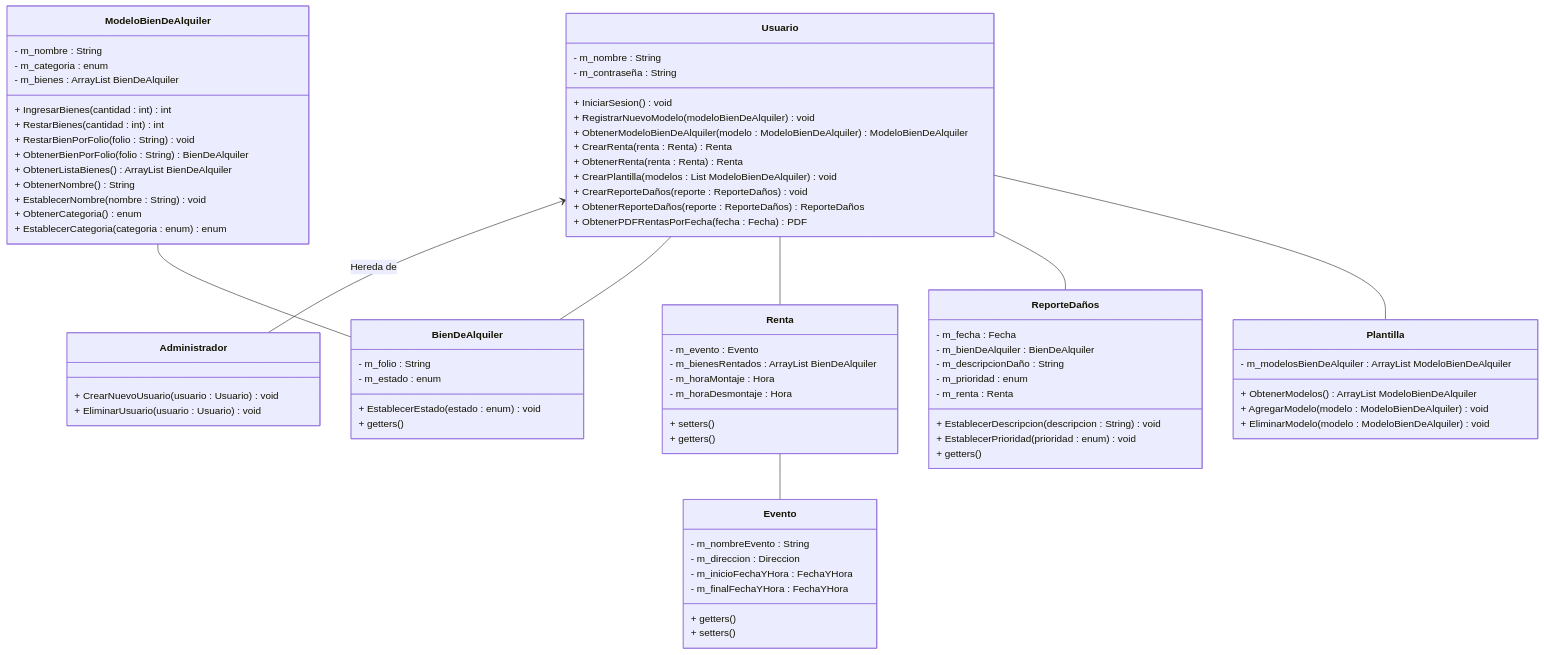
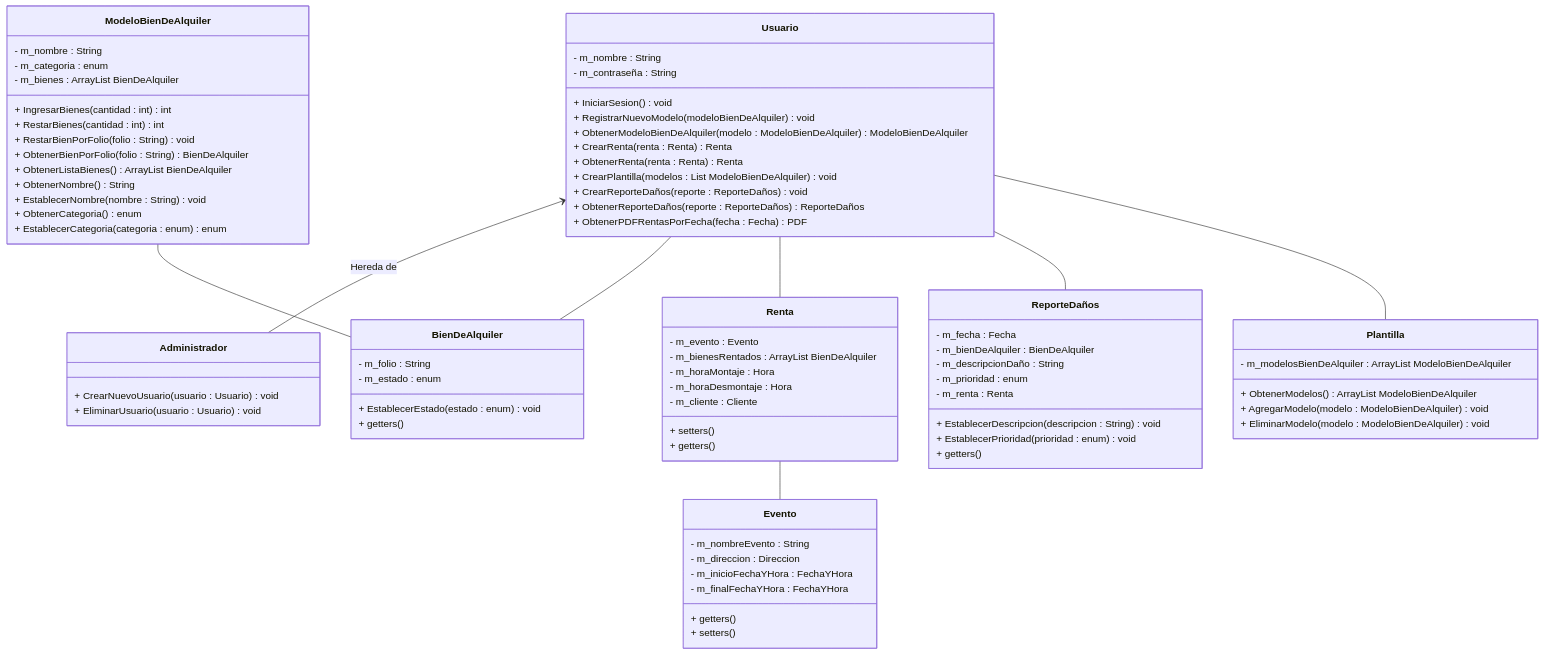
The diagram in Documentacion/Diagramas/DiagramaDeClases.mmd (JuanJoseVargasArvizu/ProyectoPromotoraEventos), drawn with Mermaid before and after one commit.

Commit message:
Actualizacion diagrama de clases

```diff
--- a/Documentacion/Diagramas/DiagramaDeClases.mmd
+++ b/Documentacion/Diagramas/DiagramaDeClases.mmd
@@ -1,100 +1,101 @@
 classDiagram
 
     Usuario <-- Administrador : Hereda de
     Usuario -- BienDeAlquiler
     Usuario -- Renta
     Usuario -- ReporteDaños
     Usuario -- Plantilla
 
     Renta -- Evento
 
     ModeloBienDeAlquiler -- BienDeAlquiler
 
 
     class Usuario{
         - m_nombre : String
         - m_contraseña : String
         + IniciarSesion() void
         + RegistrarNuevoModelo(modeloBienDeAlquiler) void
         + ObtenerModeloBienDeAlquiler(modelo : ModeloBienDeAlquiler) ModeloBienDeAlquiler
         + CrearRenta(renta : Renta) Renta
         + ObtenerRenta(renta : Renta) Renta
         + CrearPlantilla( modelos : List ModeloBienDeAlquiler) void
         + CrearReporteDaños(reporte : ReporteDaños) void
         + ObtenerReporteDaños(reporte : ReporteDaños) ReporteDaños
         + ObtenerPDFRentasPorFecha(fecha : Fecha) PDF
     }
 
     class Administrador{
         + CrearNuevoUsuario(usuario : Usuario) void
         + EliminarUsuario(usuario : Usuario) void
     }
 
     class ModeloBienDeAlquiler{
         - m_nombre : String
         - m_categoria : enum
         - m_bienes : ArrayList BienDeAlquiler
         + IngresarBienes(cantidad : int) int
         + RestarBienes(cantidad : int) int
         + RestarBienPorFolio(folio : String) void
         + ObtenerBienPorFolio(folio : String) BienDeAlquiler
         + ObtenerListaBienes() ArrayList BienDeAlquiler
 
         + ObtenerNombre() String
         + EstablecerNombre(nombre : String) void
         + ObtenerCategoria() enum
         + EstablecerCategoria(categoria : enum) enum
 
     }
 
 
     class BienDeAlquiler{
         - m_folio : String
         - m_estado : enum
 
         + EstablecerEstado(estado : enum) void
         + getters()
 
     }
 
 
     class Renta{
         - m_evento : Evento
         - m_bienesRentados : ArrayList BienDeAlquiler
         - m_horaMontaje : Hora
         - m_horaDesmontaje : Hora
+        - m_cliente : Cliente
 
         + setters()
         + getters()
 
     }
 
     class Evento{
         - m_nombreEvento : String
         - m_direccion : Direccion        
         - m_inicioFechaYHora : FechaYHora
         - m_finalFechaYHora : FechaYHora
 
         + getters()
         + setters()
     }
 
     class ReporteDaños{
         - m_fecha : Fecha
         - m_bienDeAlquiler : BienDeAlquiler
         - m_descripcionDaño : String
         - m_prioridad : enum
         - m_renta : Renta
 
         + EstablecerDescripcion(descripcion : String) void
         + EstablecerPrioridad(prioridad : enum) void
         + getters()
     }
 
 
     class Plantilla{
         - m_modelosBienDeAlquiler : ArrayList ModeloBienDeAlquiler
         + ObtenerModelos() ArrayList ModeloBienDeAlquiler
         + AgregarModelo(modelo : ModeloBienDeAlquiler) void
         + EliminarModelo(modelo : ModeloBienDeAlquiler) void
     }
```
